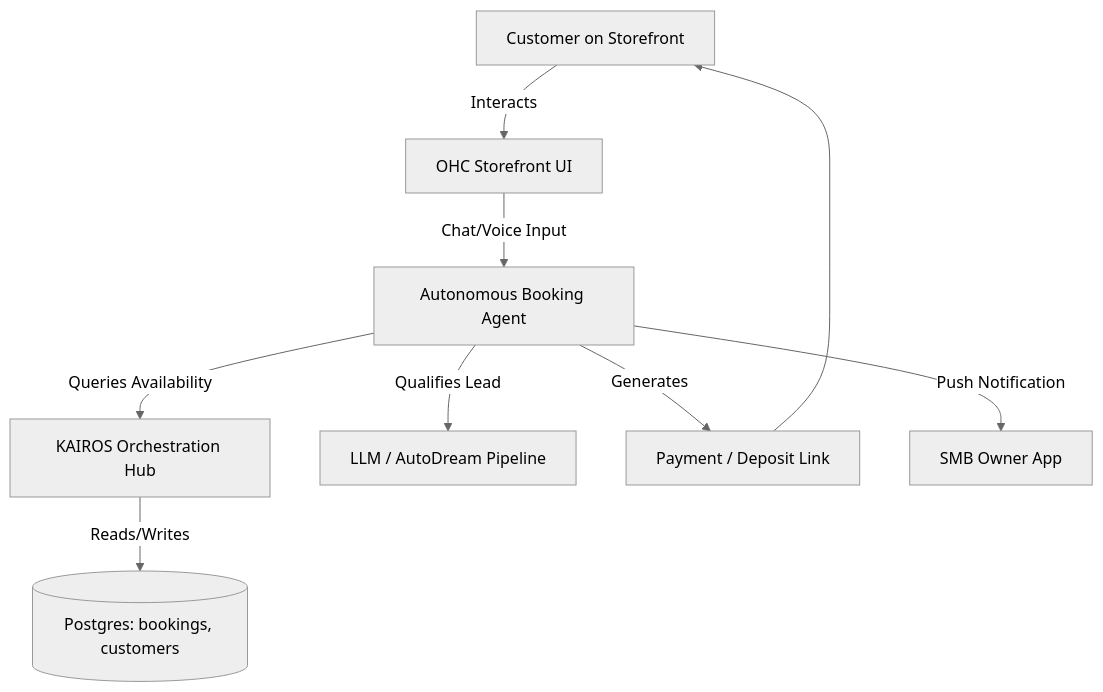
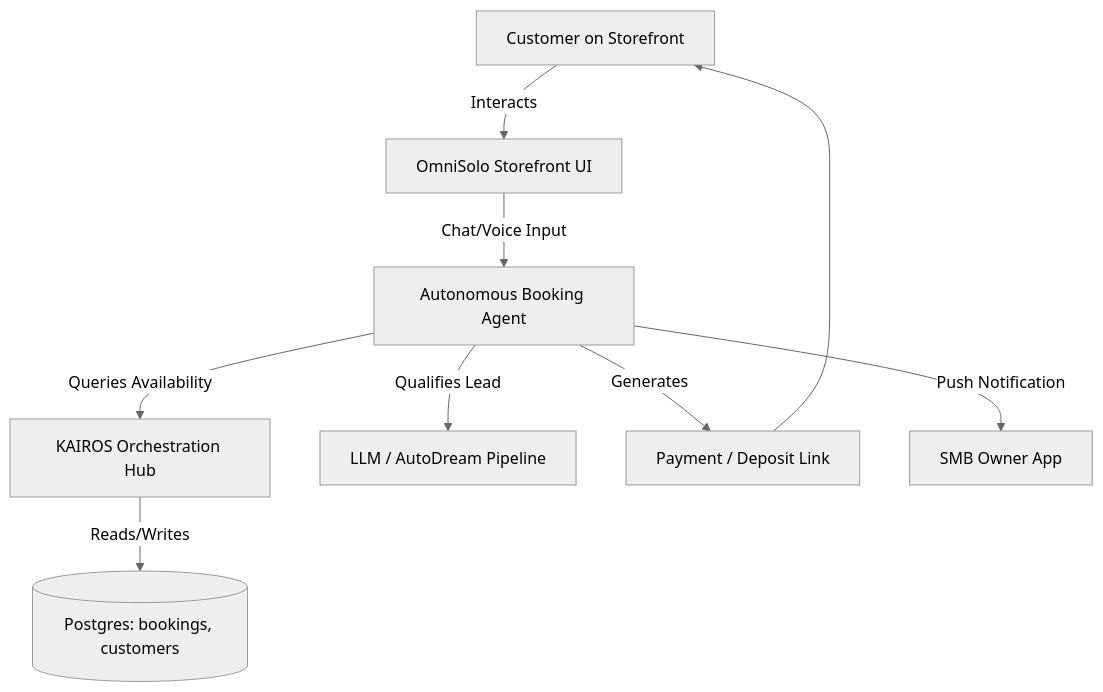
One commit to omnisolo-llc/onehumancorp changed the diagram in docs/research/[commerce]_autonomous_booking_agent.md. Above: the diagram before and after it, drawn with Mermaid (neutral theme). The commit also changed other lines of this file and 2191 other files, not shown here.

Commit message:
feat: complete OmniSolo rename and browser audit

````diff
--- a/docs/research/[commerce]_autonomous_booking_agent.md
+++ b/docs/research/[commerce]_autonomous_booking_agent.md
@@ -26,11 +26,11 @@
 ```mermaid
 graph TD;
-    Customer[Customer on Storefront] -->|Interacts| StoreUI[OHC Storefront UI];
+    Customer[Customer on Storefront] -->|Interacts| StoreUI[OmniSolo Storefront UI];
     StoreUI -->|Chat/Voice Input| BookingAgent[Autonomous Booking Agent];
     BookingAgent -->|Queries Availability| OrchestrationHub[KAIROS Orchestration Hub];
     OrchestrationHub -->|Reads/Writes| DB[(Postgres: bookings, customers)];
     BookingAgent -->|Qualifies Lead| LLM[LLM / AutoDream Pipeline];
     BookingAgent -->|Generates| PaymentLink[Payment / Deposit Link];
     PaymentLink --> Customer;
     BookingAgent -->|Push Notification| SMBOwner[SMB Owner App];
 ```
````
